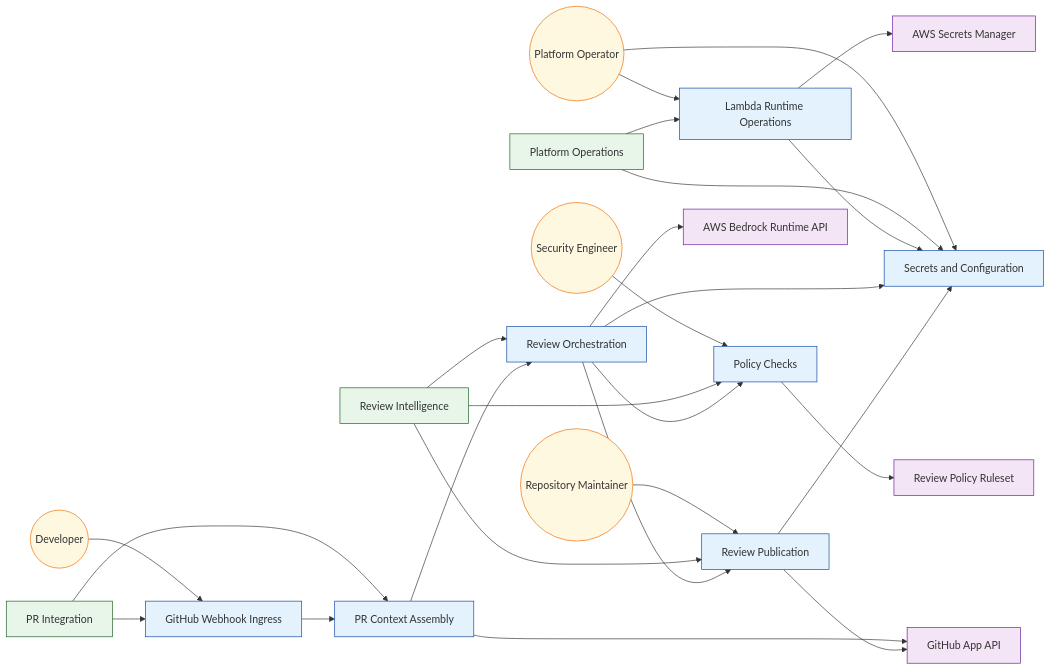
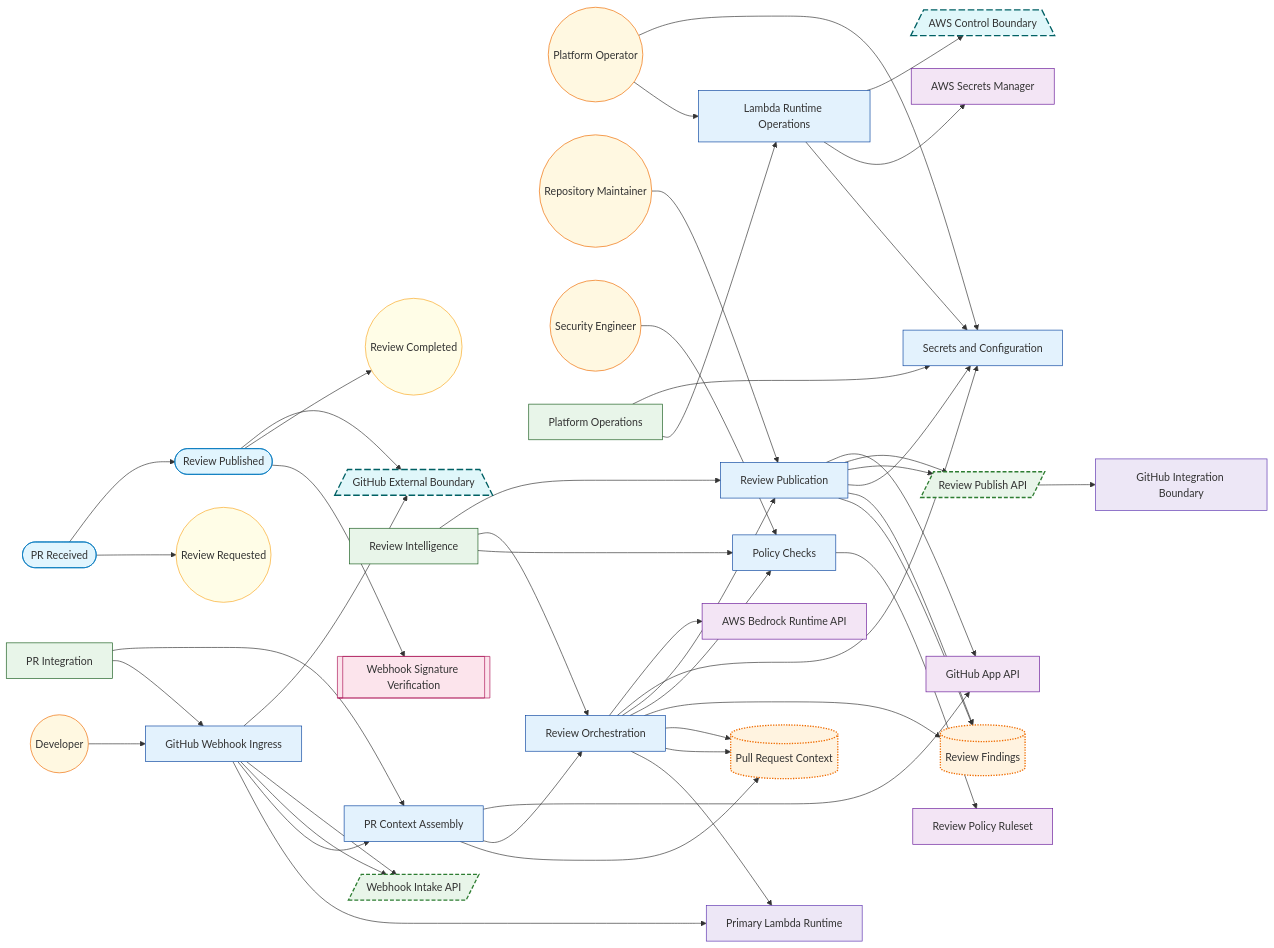
Before and after one commit to labeth/engineering-model-go: the diagram in examples/bedrock-pr-review-github-app-sample/generated/VIEW-ARCHITECTURE-INTENT.mmd, drawn with Mermaid. The commit also changed 66 other files, not shown here.

```diff
--- a/examples/bedrock-pr-review-github-app-sample/generated/VIEW-ARCHITECTURE-INTENT.mmd
+++ b/examples/bedrock-pr-review-github-app-sample/generated/VIEW-ARCHITECTURE-INTENT.mmd
@@ -1,59 +1,92 @@
 flowchart LR
 %% view: VIEW-ARCHITECTURE-INTENT (architecture-intent)
 N_ACT_DEVELOPER(("Developer")):::actor
 N_ACT_PLATFORM_OPERATOR(("Platform Operator")):::actor
 N_ACT_REPOSITORY_MAINTAINER(("Repository Maintainer")):::actor
 N_ACT_SECURITY_ENGINEER(("Security Engineer")):::actor
+N_CTRL_BEDROCK_WEBHOOK_SIGNATURE[["Webhook Signature Verification"]]:::control
+N_DO_BEDROCK_PR_CONTEXT[("Pull Request Context")]:::data_object
+N_DO_BEDROCK_REVIEW_FINDINGS[("Review Findings")]:::data_object
+N_DEP_BEDROCK_GITHUB_BOUNDARY["GitHub Integration Boundary"]:::deployment_target
+N_DEP_BEDROCK_LAMBDA_PRIMARY["Primary Lambda Runtime"]:::deployment_target
+N_EVT_BEDROCK_REVIEW_COMPLETED(("Review Completed")):::event
+N_EVT_BEDROCK_REVIEW_REQUESTED(("Review Requested")):::event
 N_FG_PLATFORM_OPERATIONS["Platform Operations"]:::functional_group
 N_FG_PR_INTEGRATION["PR Integration"]:::functional_group
 N_FG_REVIEW_INTELLIGENCE["Review Intelligence"]:::functional_group
 N_FU_GITHUB_WEBHOOK_INGRESS["GitHub Webhook Ingress"]:::functional_unit
 N_FU_LAMBDA_RUNTIME_OPERATIONS["Lambda Runtime Operations"]:::functional_unit
 N_FU_POLICY_CHECKS["Policy Checks"]:::functional_unit
 N_FU_PR_CONTEXT_ASSEMBLY["PR Context Assembly"]:::functional_unit
 N_FU_REVIEW_ORCHESTRATION["Review Orchestration"]:::functional_unit
 N_FU_REVIEW_PUBLICATION["Review Publication"]:::functional_unit
 N_FU_SECRETS_CONFIGURATION["Secrets and Configuration"]:::functional_unit
+N_IF_BEDROCK_REVIEW_PUBLISH_API[/"Review Publish API"/]:::interface
+N_IF_BEDROCK_WEBHOOK_API[/"Webhook Intake API"/]:::interface
 N_REF_AWS_BEDROCK_RUNTIME["AWS Bedrock Runtime API"]:::referenced_element
 N_REF_AWS_SECRETS_MANAGER["AWS Secrets Manager"]:::referenced_element
 N_REF_GITHUB_APP_API["GitHub App API"]:::referenced_element
 N_REF_POLICY_RULESET["Review Policy Ruleset"]:::referenced_element
+N_STATE_BEDROCK_PR_RECEIVED(["PR Received"]):::state
+N_STATE_BEDROCK_REVIEW_PUBLISHED(["Review Published"]):::state
+N_TB_BEDROCK_AWS_CONTROL[/"AWS Control Boundary"\]:::trust_boundary
+N_TB_BEDROCK_GITHUB_EXTERNAL[/"GitHub External Boundary"\]:::trust_boundary
 N_ACT_DEVELOPER --> N_FU_GITHUB_WEBHOOK_INGRESS
 N_ACT_PLATFORM_OPERATOR --> N_FU_LAMBDA_RUNTIME_OPERATIONS
 N_ACT_PLATFORM_OPERATOR --> N_FU_SECRETS_CONFIGURATION
 N_ACT_REPOSITORY_MAINTAINER --> N_FU_REVIEW_PUBLICATION
 N_ACT_SECURITY_ENGINEER --> N_FU_POLICY_CHECKS
 N_FG_PLATFORM_OPERATIONS --> N_FU_LAMBDA_RUNTIME_OPERATIONS
 N_FG_PLATFORM_OPERATIONS --> N_FU_SECRETS_CONFIGURATION
 N_FG_PR_INTEGRATION --> N_FU_GITHUB_WEBHOOK_INGRESS
 N_FG_PR_INTEGRATION --> N_FU_PR_CONTEXT_ASSEMBLY
 N_FG_REVIEW_INTELLIGENCE --> N_FU_POLICY_CHECKS
 N_FG_REVIEW_INTELLIGENCE --> N_FU_REVIEW_ORCHESTRATION
 N_FG_REVIEW_INTELLIGENCE --> N_FU_REVIEW_PUBLICATION
+N_FU_GITHUB_WEBHOOK_INGRESS --> N_DEP_BEDROCK_LAMBDA_PRIMARY
 N_FU_GITHUB_WEBHOOK_INGRESS --> N_FU_PR_CONTEXT_ASSEMBLY
+N_FU_GITHUB_WEBHOOK_INGRESS --> N_IF_BEDROCK_WEBHOOK_API
+N_FU_GITHUB_WEBHOOK_INGRESS --> N_IF_BEDROCK_WEBHOOK_API
+N_FU_GITHUB_WEBHOOK_INGRESS --> N_TB_BEDROCK_GITHUB_EXTERNAL
 N_FU_LAMBDA_RUNTIME_OPERATIONS --> N_FU_SECRETS_CONFIGURATION
 N_FU_LAMBDA_RUNTIME_OPERATIONS --> N_REF_AWS_SECRETS_MANAGER
+N_FU_LAMBDA_RUNTIME_OPERATIONS --> N_TB_BEDROCK_AWS_CONTROL
 N_FU_POLICY_CHECKS --> N_REF_POLICY_RULESET
+N_FU_PR_CONTEXT_ASSEMBLY --> N_DO_BEDROCK_PR_CONTEXT
 N_FU_PR_CONTEXT_ASSEMBLY --> N_FU_REVIEW_ORCHESTRATION
 N_FU_PR_CONTEXT_ASSEMBLY --> N_REF_GITHUB_APP_API
+N_FU_REVIEW_ORCHESTRATION --> N_DEP_BEDROCK_LAMBDA_PRIMARY
+N_FU_REVIEW_ORCHESTRATION --> N_DO_BEDROCK_PR_CONTEXT
+N_FU_REVIEW_ORCHESTRATION --> N_DO_BEDROCK_PR_CONTEXT
+N_FU_REVIEW_ORCHESTRATION --> N_DO_BEDROCK_REVIEW_FINDINGS
 N_FU_REVIEW_ORCHESTRATION --> N_FU_POLICY_CHECKS
 N_FU_REVIEW_ORCHESTRATION --> N_FU_REVIEW_PUBLICATION
 N_FU_REVIEW_ORCHESTRATION --> N_FU_SECRETS_CONFIGURATION
 N_FU_REVIEW_ORCHESTRATION --> N_REF_AWS_BEDROCK_RUNTIME
+N_FU_REVIEW_PUBLICATION --> N_DO_BEDROCK_REVIEW_FINDINGS
+N_FU_REVIEW_PUBLICATION --> N_DO_BEDROCK_REVIEW_FINDINGS
 N_FU_REVIEW_PUBLICATION --> N_FU_SECRETS_CONFIGURATION
+N_FU_REVIEW_PUBLICATION --> N_IF_BEDROCK_REVIEW_PUBLISH_API
+N_FU_REVIEW_PUBLICATION --> N_IF_BEDROCK_REVIEW_PUBLISH_API
 N_FU_REVIEW_PUBLICATION --> N_REF_GITHUB_APP_API
+N_IF_BEDROCK_REVIEW_PUBLISH_API --> N_DEP_BEDROCK_GITHUB_BOUNDARY
+N_STATE_BEDROCK_PR_RECEIVED --> N_EVT_BEDROCK_REVIEW_REQUESTED
+N_STATE_BEDROCK_PR_RECEIVED --> N_STATE_BEDROCK_REVIEW_PUBLISHED
+N_STATE_BEDROCK_REVIEW_PUBLISHED --> N_CTRL_BEDROCK_WEBHOOK_SIGNATURE
+N_STATE_BEDROCK_REVIEW_PUBLISHED --> N_EVT_BEDROCK_REVIEW_COMPLETED
+N_STATE_BEDROCK_REVIEW_PUBLISHED --> N_TB_BEDROCK_GITHUB_EXTERNAL
 classDef functional_group fill:#e8f5e9,stroke:#1b5e20,stroke-width:1px;
 classDef functional_unit fill:#e3f2fd,stroke:#0d47a1,stroke-width:1px;
 classDef actor fill:#fff8e1,stroke:#ef6c00,stroke-width:1px;
 classDef attack_vector fill:#ffebee,stroke:#b71c1c,stroke-width:1px;
 classDef referenced_element fill:#f3e5f5,stroke:#6a1b9a,stroke-width:1px;
-classDef interface fill:#e8f5e9,stroke:#2e7d32,stroke-width:1px;
-classDef data_object fill:#fff3e0,stroke:#ef6c00,stroke-width:1px;
+classDef interface fill:#e8f5e9,stroke:#2e7d32,stroke-width:2px,stroke-dasharray: 6 3;
+classDef data_object fill:#fff3e0,stroke:#ef6c00,stroke-width:2px,stroke-dasharray: 2 2;
 classDef deployment_target fill:#ede7f6,stroke:#5e35b1,stroke-width:1px;
 classDef control fill:#fce4ec,stroke:#ad1457,stroke-width:1px;
-classDef trust_boundary fill:#e0f7fa,stroke:#006064,stroke-width:1px;
+classDef trust_boundary fill:#e0f7fa,stroke:#006064,stroke-width:2px,stroke-dasharray: 10 4;
 classDef state fill:#e1f5fe,stroke:#0277bd,stroke-width:1px;
 classDef event fill:#fffde7,stroke:#f9a825,stroke-width:1px;
-classDef flow fill:#ede7f6,stroke:#4527a0,stroke-width:1px;
-classDef flow_step fill:#f1f8e9,stroke:#33691e,stroke-width:1px;
+classDef flow fill:#ede7f6,stroke:#4527a0,stroke-width:2px;
+classDef flow_step fill:#f1f8e9,stroke:#33691e,stroke-width:2px;
 classDef unknown fill:#ffffff,stroke:#adb5bd,stroke-width:1px;
```
